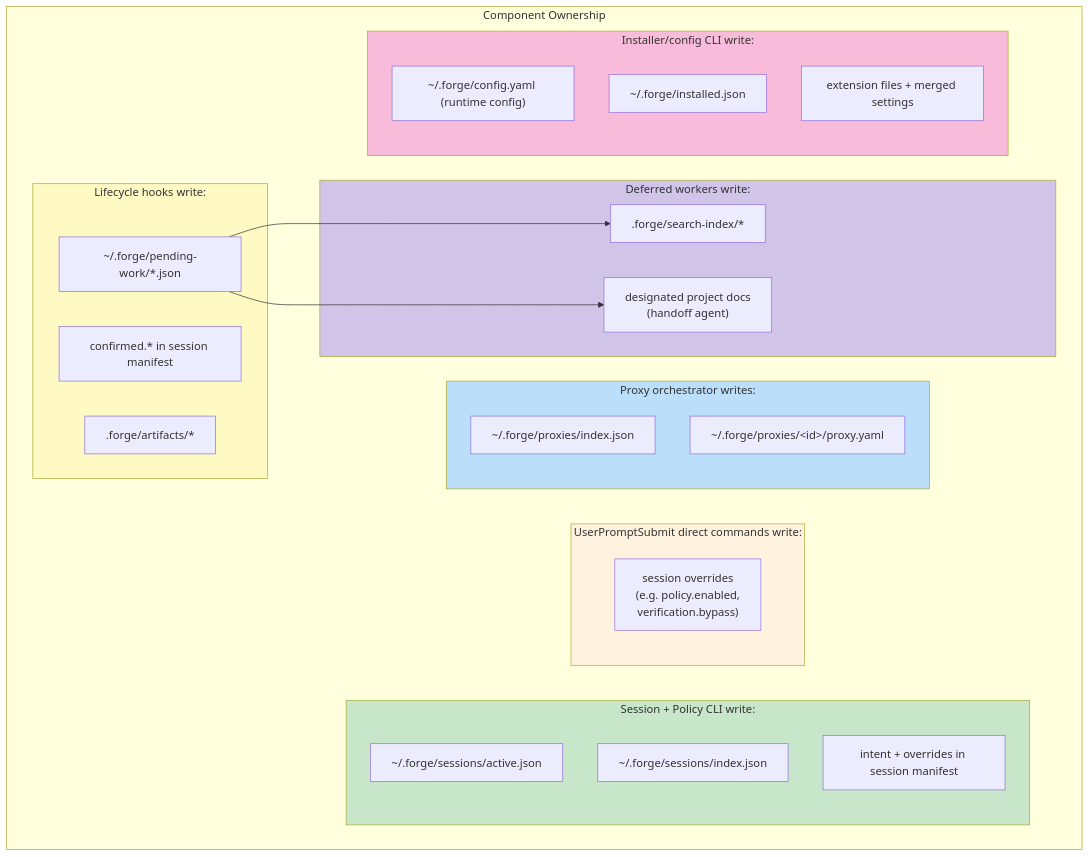
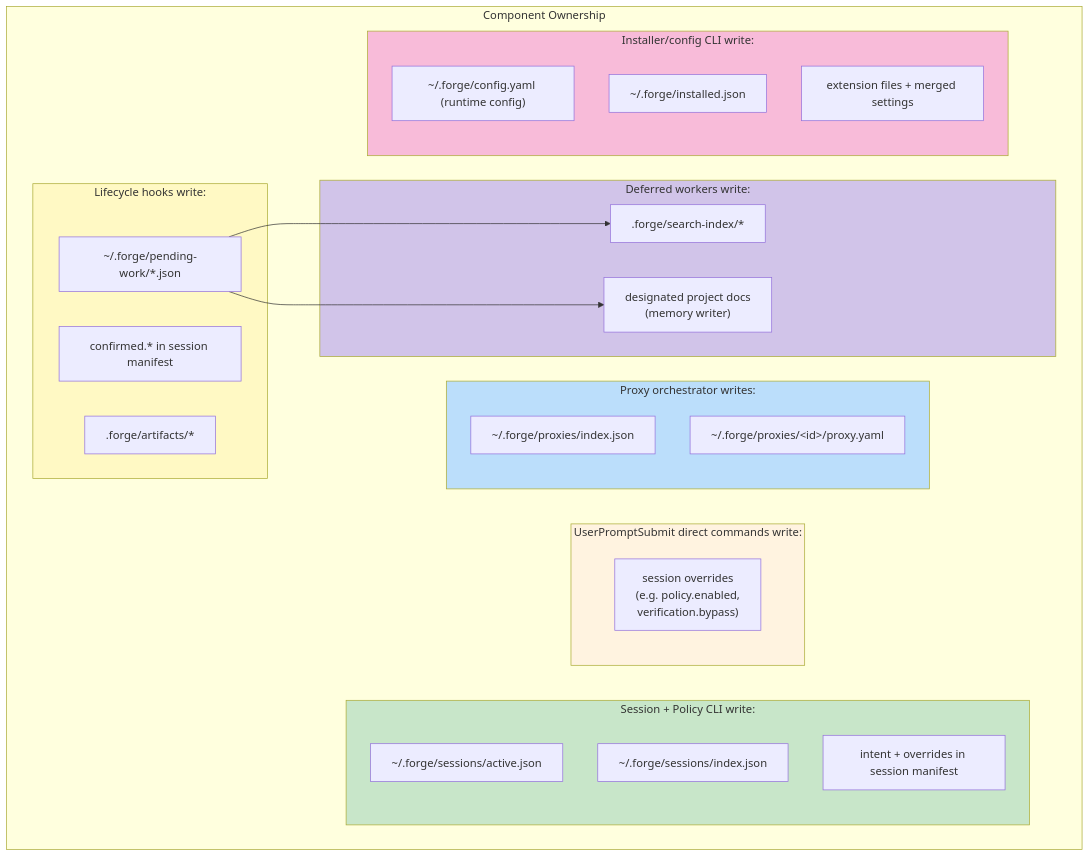
One commit to hapa1i/multi-forge changed the fourth of 10 diagrams in docs/diagrams.md. Above: the diagram before and after it, drawn with Mermaid. The commit also changed other lines of this file and 88 other files, not shown here.

First line of the commit message:
refactor: resolve handoff naming → memory writer + transfer (memory_substrate) (#8)

````diff
--- a/docs/diagrams.md
+++ b/docs/diagrams.md
@@ -157,46 +157,46 @@
 ```mermaid
 flowchart TB
     subgraph Writers["Component Ownership"]
         subgraph ForgeSession["Session + Policy CLI write:"]
             W1["~/.forge/sessions/active.json"]
             W2["~/.forge/sessions/index.json"]
             W3["intent + overrides in session manifest"]
         end
 
         subgraph ForgeHooks["Lifecycle hooks write:"]
             W4["confirmed.* in session manifest"]
             W4b[".forge/artifacts/*"]
             W4c["~/.forge/pending-work/*.json"]
         end
 
         subgraph DirectHooks["UserPromptSubmit direct commands write:"]
             W5["session overrides<br/>(e.g. policy.enabled,<br/>verification.bypass)"]
         end
 
         subgraph Deferred["Deferred workers write:"]
             W6[".forge/search-index/*"]
-            W6b["designated project docs<br/>(handoff agent)"]
+            W6b["designated project docs<br/>(memory writer)"]
         end
 
         subgraph ForgeProxy["Proxy orchestrator writes:"]
             W7["~/.forge/proxies/index.json"]
             W8["~/.forge/proxies/&lt;id&gt;/proxy.yaml"]
         end
 
         subgraph ForgeCLI["Installer/config CLI write:"]
             W9["~/.forge/config.yaml (runtime config)"]
             W10["~/.forge/installed.json"]
             W11["extension files + merged settings"]
         end
     end
 
     W4c --> W6
     W4c --> W6b
 
     style ForgeSession fill:#c8e6c9
     style ForgeHooks fill:#fff9c4
     style DirectHooks fill:#fff3e0
     style Deferred fill:#d1c4e9
     style ForgeProxy fill:#bbdefb
     style ForgeCLI fill:#f8bbd9
 ```
````
